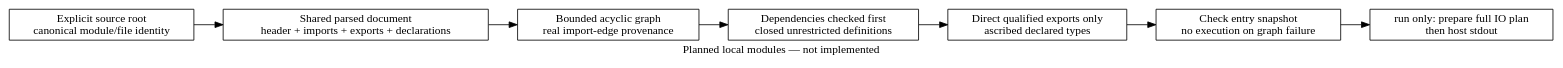
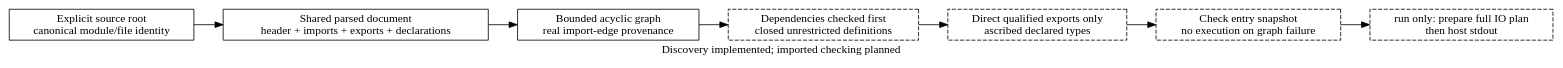
One commit to odunboye/fibril changed the diagram in docs/diagrams/modules-first-slice.dot. Above: the diagram before and after it, drawn with Graphviz. The commit also changed 23 other files, not shown here.

Commit message:
Discover bounded canonical local module dependency graphs

```diff
--- a/docs/diagrams/modules-first-slice.dot
+++ b/docs/diagrams/modules-first-slice.dot
@@ -1,13 +1,13 @@
 digraph ModulePlan {
   rankdir=LR;
   node [shape=box];
-  label="Planned local modules — not implemented";
+  label="Discovery implemented; imported checking planned";
   source [label="Explicit source root\ncanonical module/file identity"];
   parse [label="Shared parsed document\nheader + imports + exports + declarations"];
   dependencies [label="Bounded acyclic graph\nreal import-edge provenance"];
-  check [label="Dependencies checked first\nclosed unrestricted definitions"];
-  signature [label="Direct qualified exports only\nascribed declared types"];
-  entry [label="Check entry snapshot\nno execution on graph failure"];
-  runtime [label="run only: prepare full IO plan\nthen host stdout"];
+  check [style=dashed, label="Dependencies checked first\nclosed unrestricted definitions"];
+  signature [style=dashed, label="Direct qualified exports only\nascribed declared types"];
+  entry [style=dashed, label="Check entry snapshot\nno execution on graph failure"];
+  runtime [style=dashed, label="run only: prepare full IO plan\nthen host stdout"];
   source -> parse -> dependencies -> check -> signature -> entry -> runtime;
 }
```
